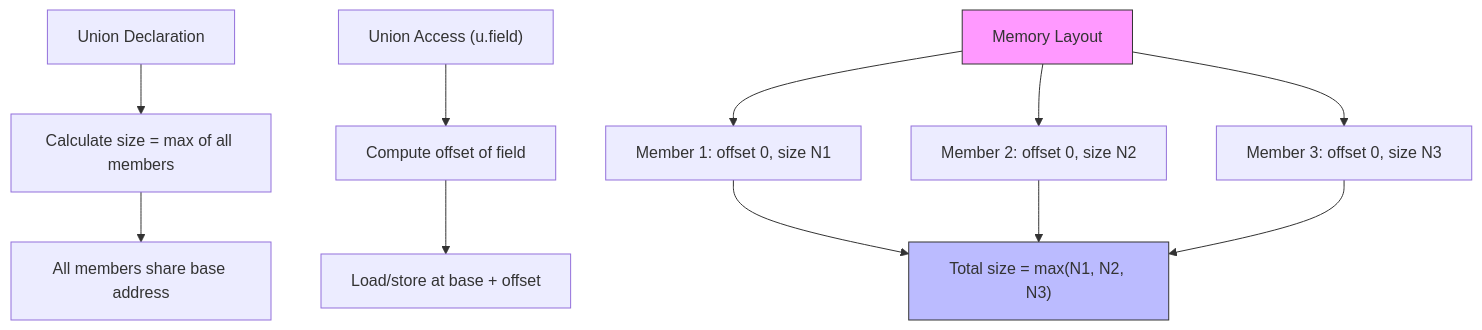
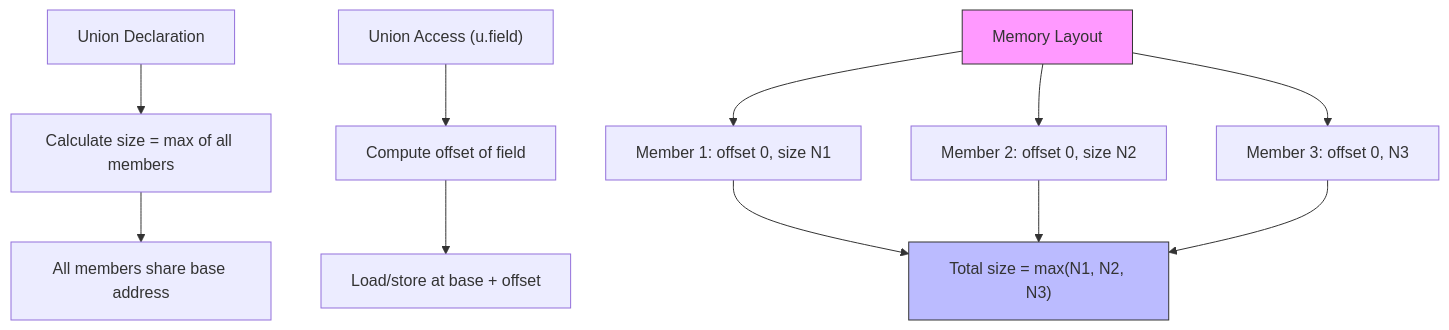
One commit to juno-yu/simple-howto-c-compiler-ximplec changed the diagram in 0027-unions/README.md. Above: the diagram before and after it, drawn with Mermaid. The commit also changed other lines of this file and 131 other files, not shown here.

````diff
--- a/0027-unions/README.md
+++ b/0027-unions/README.md
@@ -19,18 +22,18 @@
 ```mermaid
 flowchart TD
     A["Union Declaration"] --> B["Calculate size = max of all members"]
     B --> C["All members share base address"]
 
     D["Union Access (u.field)"] --> E["Compute offset of field"]
     E --> F["Load/store at base + offset"]
 
     G["Memory Layout"] --> H["Member 1: offset 0, size N1"]
     G --> I["Member 2: offset 0, size N2"]
-    G --> J["Member 3: offset 0, size N3"]
+    G --> J["Member 3: offset 0, N3"]
     H --> K["Total size = max(N1, N2, N3)"]
     I --> K
     J --> K
 
     style G fill:#f9f,stroke:#333
     style K fill:#bbf,stroke:#333
 ```
````
